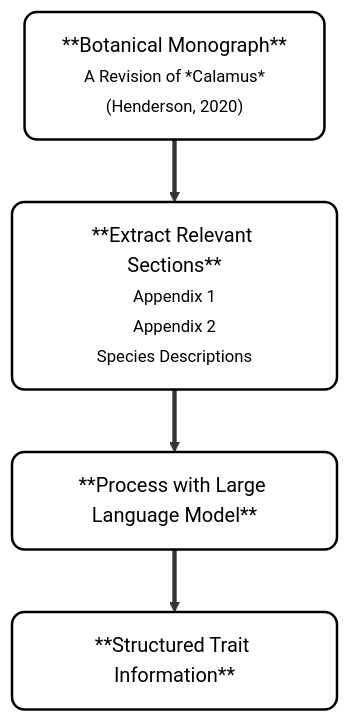
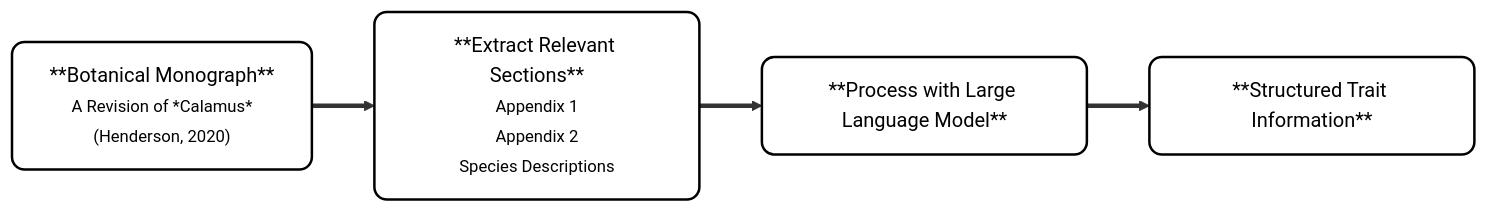
The diagram in README.md (nickynicolson/CalamusTraits), drawn with Mermaid before and after one commit.

Commit message:
Improved readability of README.md

````diff
--- a/README.md
+++ b/README.md
@@ -83,15 +83,15 @@
 ```mermaid
-flowchart TD
+flowchart LR
     classDef rounded fill:#fff,stroke:#000,stroke-width:2px,color:#000,rx:10,ry:10;
     
     A["**Botanical Monograph** <br> <small>A Revision of *Calamus* <br> (Henderson, 2020)<small>"] 
         ==> 
         B[**Extract Relevant Sections**<br><small>Appendix 1<br>Appendix 2<br>Species Descriptions</small>]
 
     B ==> C[**Process with Large Language Model**]
 
     C ==> D[**Structured Trait Information**]
 
     class A,B,C,D rounded;
 
 ```
````
